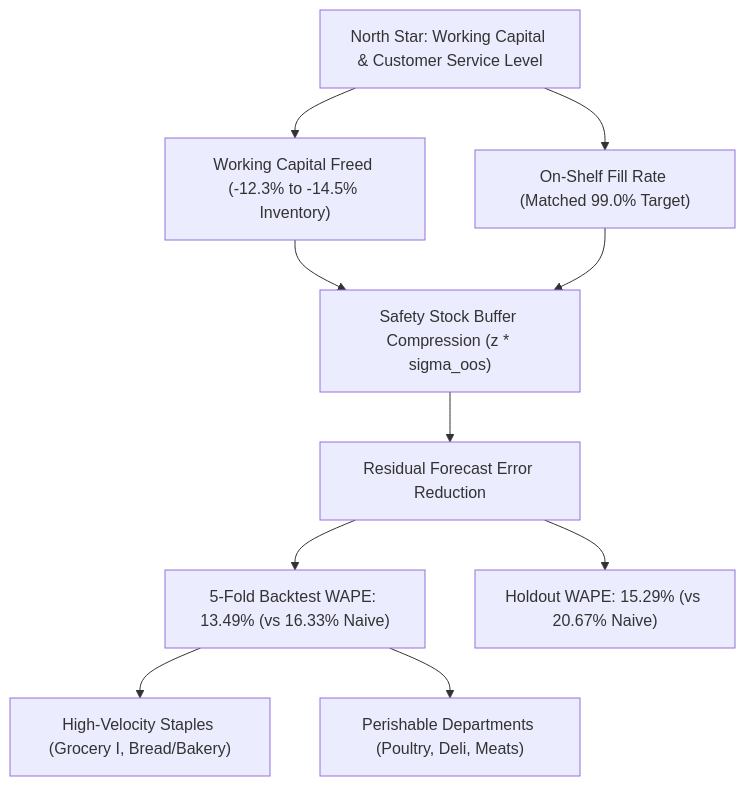
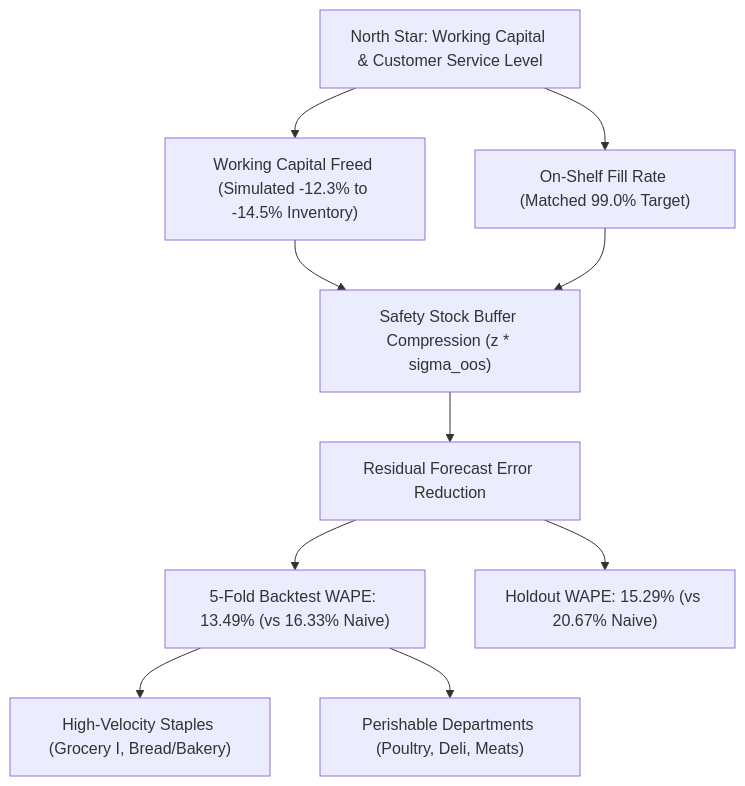
The diagram in docs/PRODUCT_BRIEF.md (lazycoder52/grocery-demand-planner), drawn with Mermaid before and after one commit. The commit also changed other lines of this file and 3 other files, not shown here.

````diff
--- a/docs/PRODUCT_BRIEF.md
+++ b/docs/PRODUCT_BRIEF.md
@@ -44,12 +44,12 @@
 ```mermaid
 graph TD
-    A["North Star: Working Capital & Customer Service Level"] --> B["Working Capital Freed (-12.3% to -14.5% Inventory)"]
+    A["North Star: Working Capital & Customer Service Level"] --> B["Working Capital Freed (Simulated -12.3% to -14.5% Inventory)"]
     A --> C["On-Shelf Fill Rate (Matched 99.0% Target)"]
     B --> D["Safety Stock Buffer Compression (z * sigma_oos)"]
     C --> D
     D --> E["Residual Forecast Error Reduction"]
     E --> F["5-Fold Backtest WAPE: 13.49% (vs 16.33% Naive)"]
     E --> G["Holdout WAPE: 15.29% (vs 20.67% Naive)"]
     F --> H["High-Velocity Staples (Grocery I, Bread/Bakery)"]
     F --> I["Perishable Departments (Poultry, Deli, Meats)"]
 ```
````
